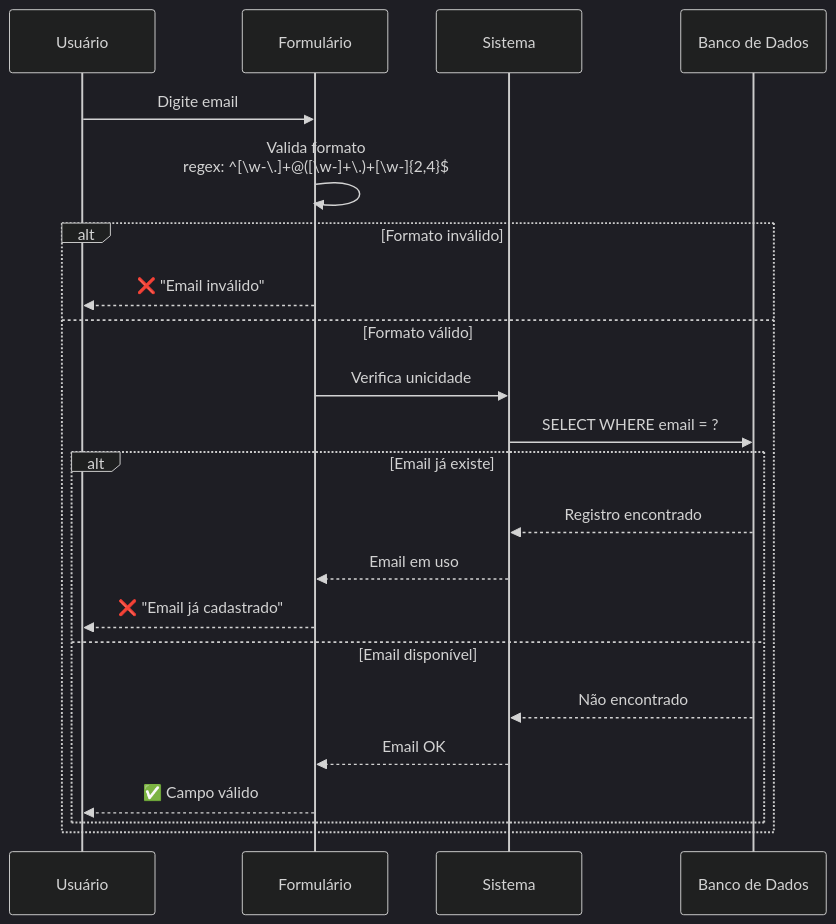
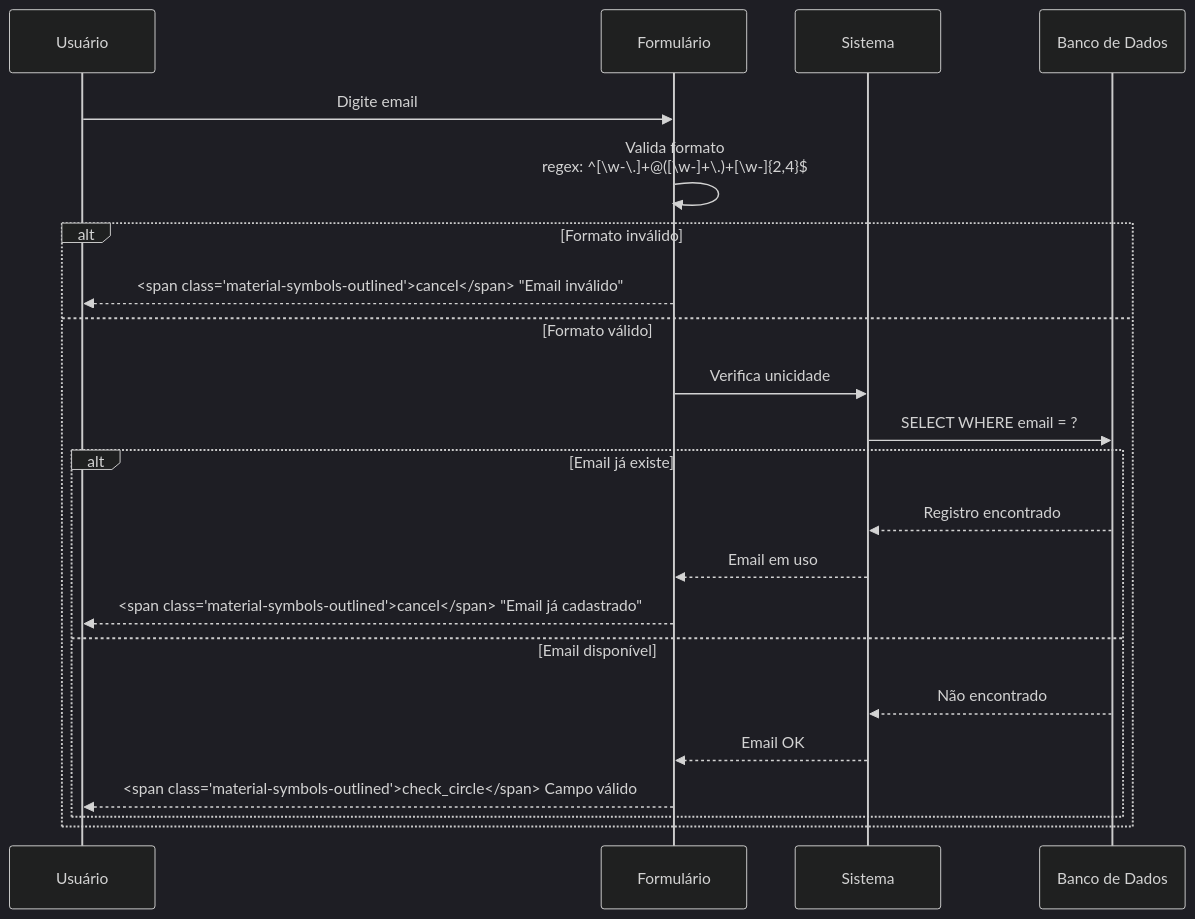
The first of 5 diagrams in documentation/docs/business-rules/validation-rules.md (fabioeducacross/Ambiente_de_Prototipacao_V5), drawn with Mermaid (dark theme) before and after one commit. The commit also changed other lines of this file and 46 other files, not shown here.

First line of the commit message:
feat: substitui emojis por Material Symbols icons na wiki

````diff
--- a/documentation/docs/business-rules/validation-rules.md
+++ b/documentation/docs/business-rules/validation-rules.md
@@ -34,27 +34,27 @@
 ```mermaid
 sequenceDiagram
     participant U as Usuário
     participant F as Formulário
     participant S as Sistema
     participant DB as Banco de Dados
     
     U->>F: Digite email
     F->>F: Valida formato<br/>regex: ^[\w-\.]+@([\w-]+\.)+[\w-]{2,4}$
     
     alt Formato inválido
-        F-->>U: ❌ "Email inválido"
+        F-->>U: <span class="material-symbols-outlined">cancel</span> "Email inválido"
     else Formato válido
         F->>S: Verifica unicidade
         S->>DB: SELECT WHERE email = ?
         
         alt Email já existe
             DB-->>S: Registro encontrado
             S-->>F: Email em uso
-            F-->>U: ❌ "Email já cadastrado"
+            F-->>U: <span class="material-symbols-outlined">cancel</span> "Email já cadastrado"
         else Email disponível
             DB-->>S: Não encontrado
             S-->>F: Email OK
-            F-->>U: ✅ Campo válido
+            F-->>U: <span class="material-symbols-outlined">check_circle</span> Campo válido
         end
     end
 ```
````
